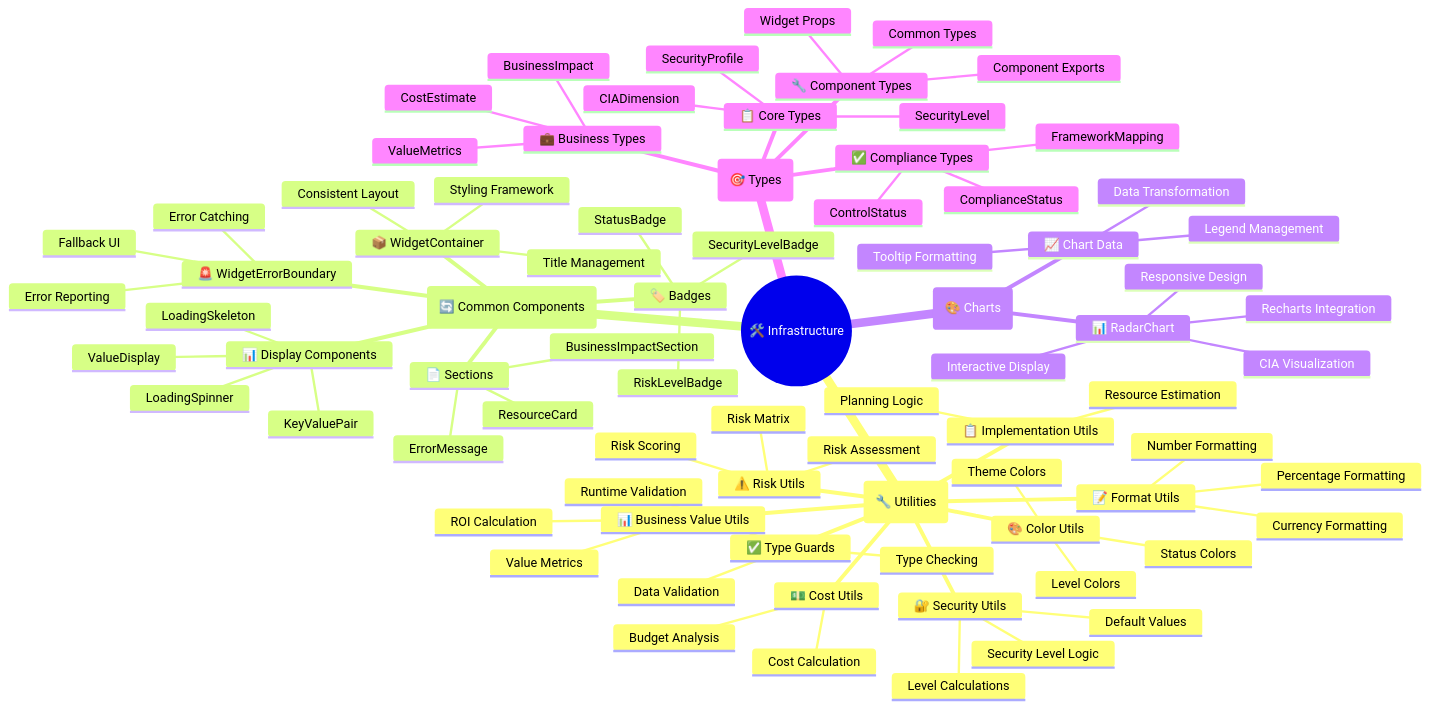
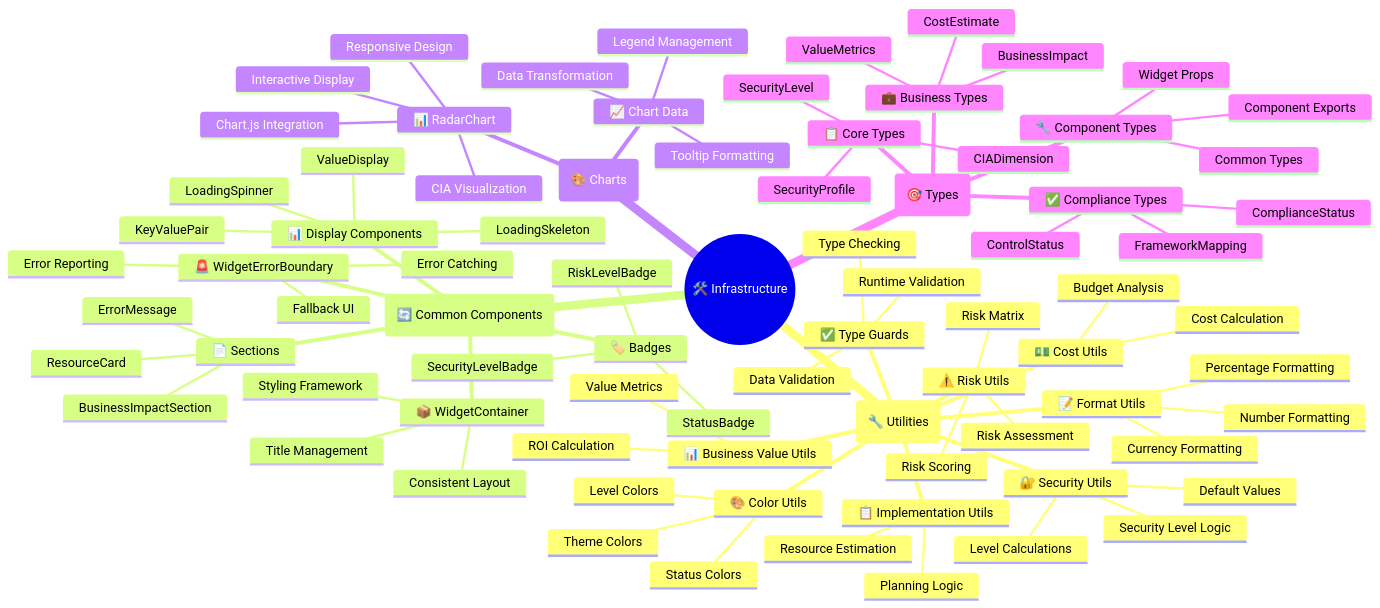
Before and after one commit to Hack23/cia-compliance-manager: the fourth of 13 diagrams in docs/architecture/MINDMAP.md, drawn with Mermaid. The commit also changed other lines of this file, not shown here.

Commit message:
fix: correct Chart.js references in MINDMAP.md (remove incorrect Recharts mentions)

```diff
--- a/docs/architecture/MINDMAP.md
+++ b/docs/architecture/MINDMAP.md
@@ -448,7 +448,7 @@
         ErrorMessage
     (🎨 Charts)
       📊 RadarChart
-        Recharts Integration
+        Chart.js Integration
         CIA Visualization
         Interactive Display
         Responsive Design
```
